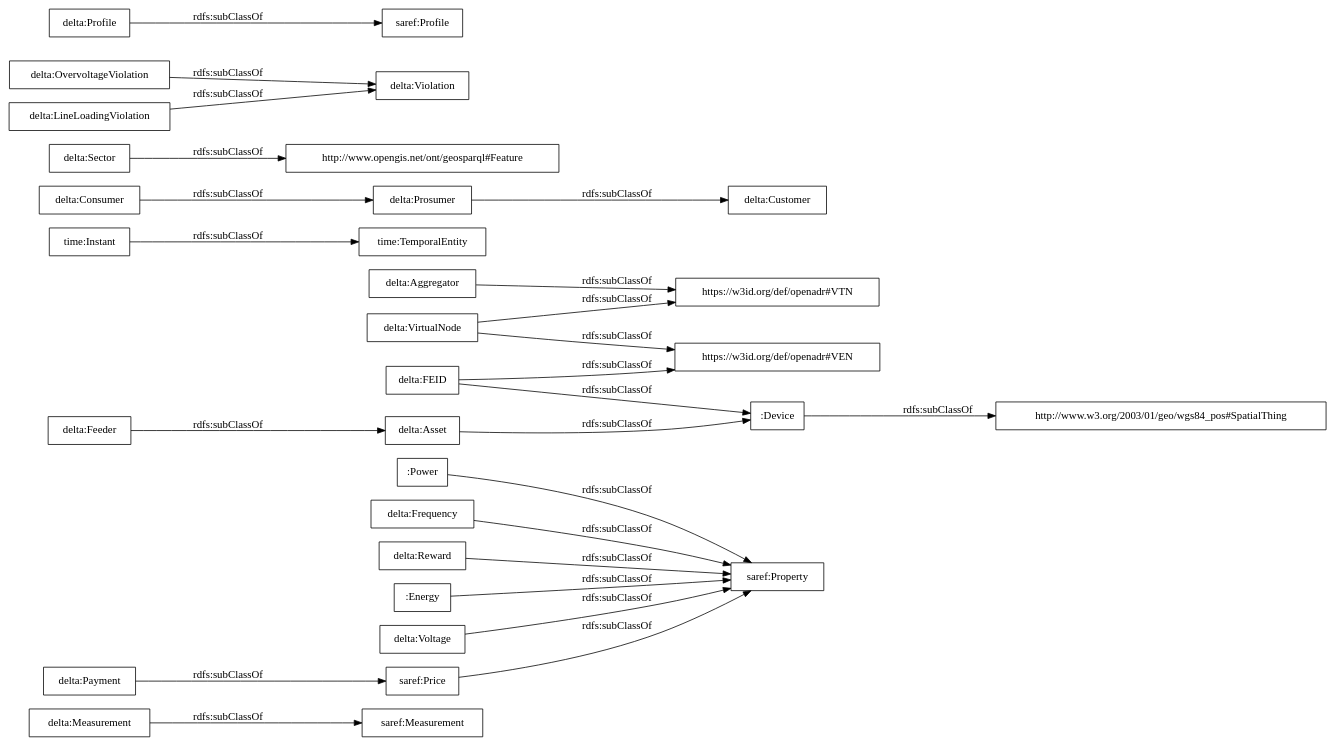
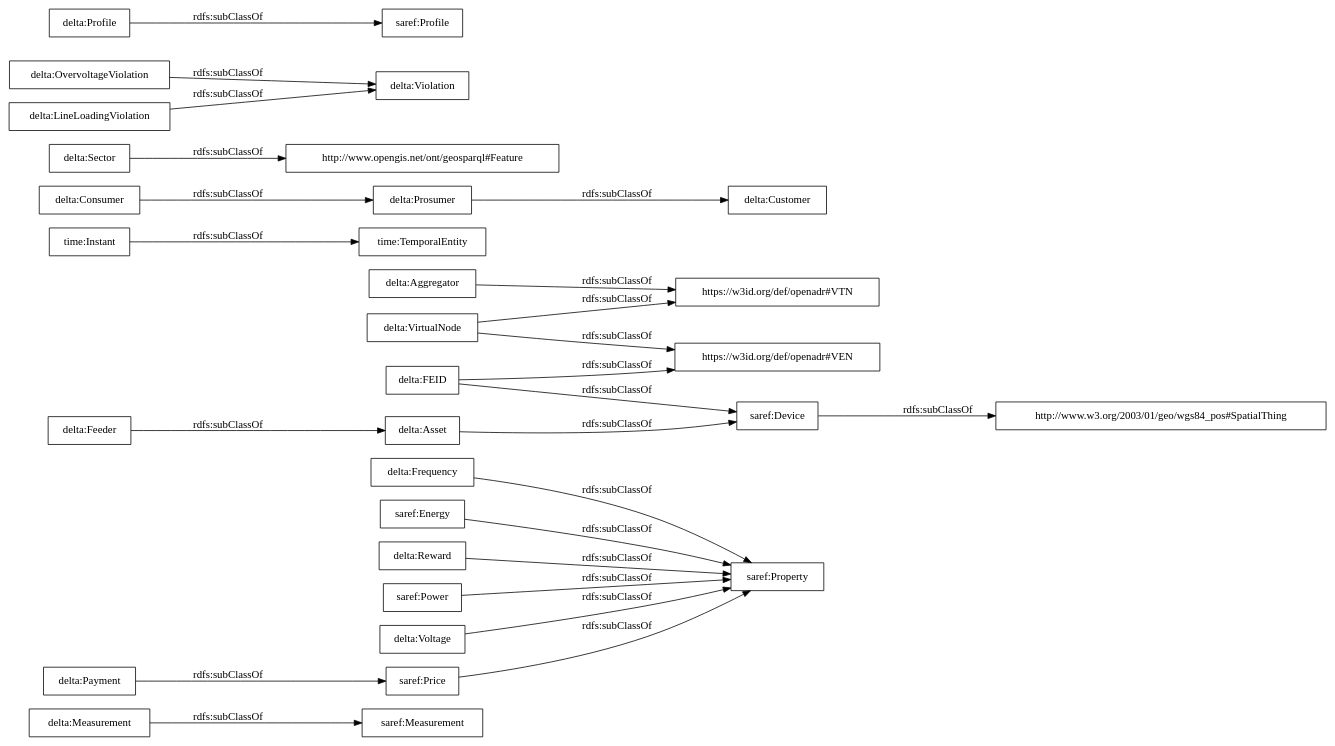
One commit to oeg-upm/delta-ontology changed the diagram in OnToology/ontology/delta.ttl/diagrams/ar2dtool-taxonomy/delta.ttl.png.dot. Above: the diagram before and after it, drawn with Graphviz. The commit also changed 12 other files, not shown here.

```diff
--- a/OnToology/ontology/delta.ttl/diagrams/ar2dtool-taxonomy/delta.ttl.png.dot
+++ b/OnToology/ontology/delta.ttl/diagrams/ar2dtool-taxonomy/delta.ttl.png.dot
@@ -1,29 +1,29 @@
 digraph ar2dtool_diagram { 
 rankdir=LR;
 size="1000"
-node [shape = rectangle, color="black"]; "saref:Measurement" "saref:Price" "https://w3id.org/def/openadr#VEN" ":Power" "time:Instant" "delta:Frequency" "delta:Customer" "delta:VirtualNode" "delta:Sector" "delta:OvervoltageViolation" "https://w3id.org/def/openadr#VTN" "delta:LineLoadingViolation" "delta:Violation" "delta:Consumer" "delta:Aggregator" "delta:Measurement" "http://www.w3.org/2003/01/geo/wgs84_pos#SpatialThing" "delta:Prosumer" "delta:Feeder" "delta:Reward" ":Energy" "time:TemporalEntity" "saref:Profile" "delta:Asset" "http://www.opengis.net/ont/geosparql#Feature" "delta:Voltage" "delta:Profile" "saref:Property" "delta:FEID" "delta:Payment" ":Device" ; /*classes style*/
+node [shape = rectangle, color="black"]; "saref:Measurement" "saref:Price" "https://w3id.org/def/openadr#VEN" "time:Instant" "delta:Frequency" "delta:Customer" "delta:VirtualNode" "saref:Device" "delta:Sector" "delta:OvervoltageViolation" "https://w3id.org/def/openadr#VTN" "delta:LineLoadingViolation" "delta:Violation" "saref:Energy" "delta:Consumer" "delta:Aggregator" "delta:Measurement" "http://www.w3.org/2003/01/geo/wgs84_pos#SpatialThing" "delta:Prosumer" "delta:Feeder" "delta:Reward" "time:TemporalEntity" "saref:Profile" "delta:Asset" "http://www.opengis.net/ont/geosparql#Feature" "saref:Power" "delta:Voltage" "delta:Profile" "saref:Property" "delta:FEID" "delta:Payment" ; /*classes style*/
+	"saref:Energy" -> "saref:Property" [ label = "rdfs:subClassOf" ];
 	"delta:Payment" -> "saref:Price" [ label = "rdfs:subClassOf" ];
 	"delta:LineLoadingViolation" -> "delta:Violation" [ label = "rdfs:subClassOf" ];
-	"delta:Feeder" -> "delta:Asset" [ label = "rdfs:subClassOf" ];
 	"delta:Measurement" -> "saref:Measurement" [ label = "rdfs:subClassOf" ];
 	"delta:VirtualNode" -> "https://w3id.org/def/openadr#VTN" [ label = "rdfs:subClassOf" ];
 	"delta:VirtualNode" -> "https://w3id.org/def/openadr#VEN" [ label = "rdfs:subClassOf" ];
-	":Device" -> "http://www.w3.org/2003/01/geo/wgs84_pos#SpatialThing" [ label = "rdfs:subClassOf" ];
+	"delta:Feeder" -> "delta:Asset" [ label = "rdfs:subClassOf" ];
 	"delta:Voltage" -> "saref:Property" [ label = "rdfs:subClassOf" ];
 	"saref:Price" -> "saref:Property" [ label = "rdfs:subClassOf" ];
 	"delta:Sector" -> "http://www.opengis.net/ont/geosparql#Feature" [ label = "rdfs:subClassOf" ];
+	"saref:Device" -> "http://www.w3.org/2003/01/geo/wgs84_pos#SpatialThing" [ label = "rdfs:subClassOf" ];
 	"delta:Aggregator" -> "https://w3id.org/def/openadr#VTN" [ label = "rdfs:subClassOf" ];
-	":Energy" -> "saref:Property" [ label = "rdfs:subClassOf" ];
 	"delta:OvervoltageViolation" -> "delta:Violation" [ label = "rdfs:subClassOf" ];
-	"delta:FEID" -> ":Device" [ label = "rdfs:subClassOf" ];
+	"delta:FEID" -> "saref:Device" [ label = "rdfs:subClassOf" ];
 	"delta:FEID" -> "https://w3id.org/def/openadr#VEN" [ label = "rdfs:subClassOf" ];
-	":Power" -> "saref:Property" [ label = "rdfs:subClassOf" ];
-	"delta:Asset" -> ":Device" [ label = "rdfs:subClassOf" ];
+	"delta:Asset" -> "saref:Device" [ label = "rdfs:subClassOf" ];
 	"delta:Frequency" -> "saref:Property" [ label = "rdfs:subClassOf" ];
 	"delta:Prosumer" -> "delta:Customer" [ label = "rdfs:subClassOf" ];
 	"time:Instant" -> "time:TemporalEntity" [ label = "rdfs:subClassOf" ];
 	"delta:Profile" -> "saref:Profile" [ label = "rdfs:subClassOf" ];
 	"delta:Consumer" -> "delta:Prosumer" [ label = "rdfs:subClassOf" ];
 	"delta:Reward" -> "saref:Property" [ label = "rdfs:subClassOf" ];
+	"saref:Power" -> "saref:Property" [ label = "rdfs:subClassOf" ];
 
 }
```
